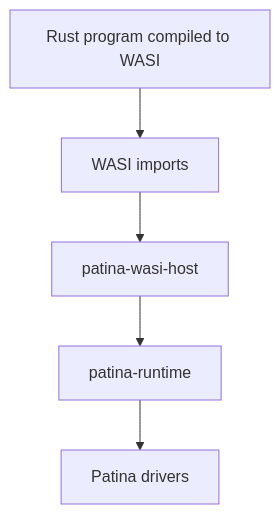
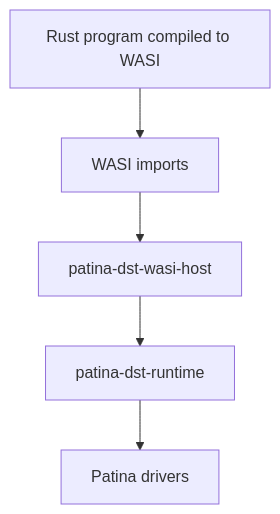
Before and after one commit to JacobHayes/patina: the third of 3 diagrams in ARCHITECTURE.md, drawn with Mermaid. The commit also changed other lines of this file and 91 other files, not shown here.

First line of the commit message:
rename crates.io packages to the patina-dst namespace

````diff
--- a/ARCHITECTURE.md
+++ b/ARCHITECTURE.md
@@ -386,10 +386,10 @@
 ```mermaid
 flowchart TD
     Wasm[Rust program compiled to WASI]
     Imports[WASI imports]
-    Host[patina-wasi-host]
-    Runtime[patina-runtime]
+    Host[patina-dst-wasi-host]
+    Runtime[patina-dst-runtime]
     Drivers[Patina drivers]
 
     Wasm --> Imports --> Host --> Runtime --> Drivers
 ```
````
